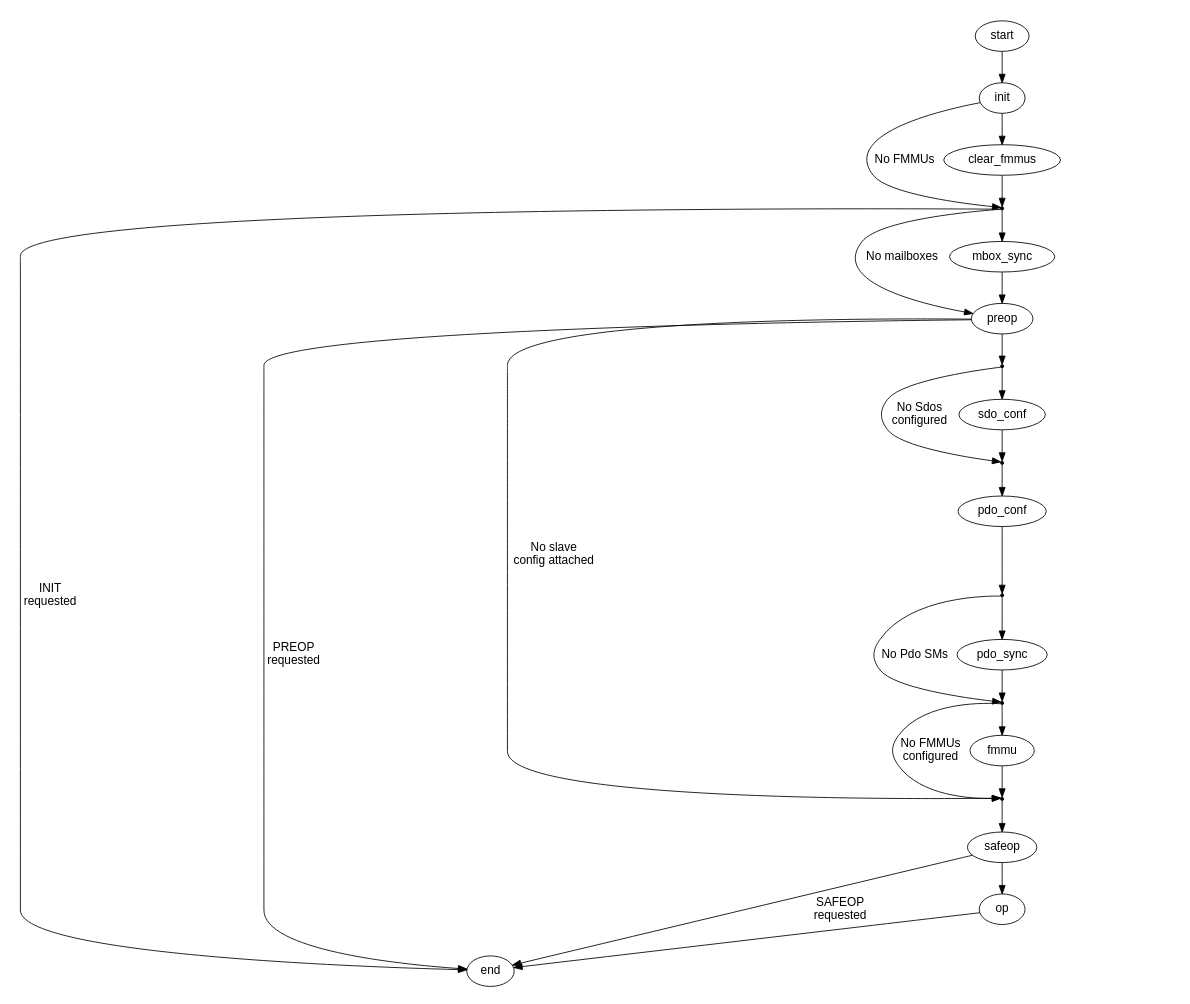
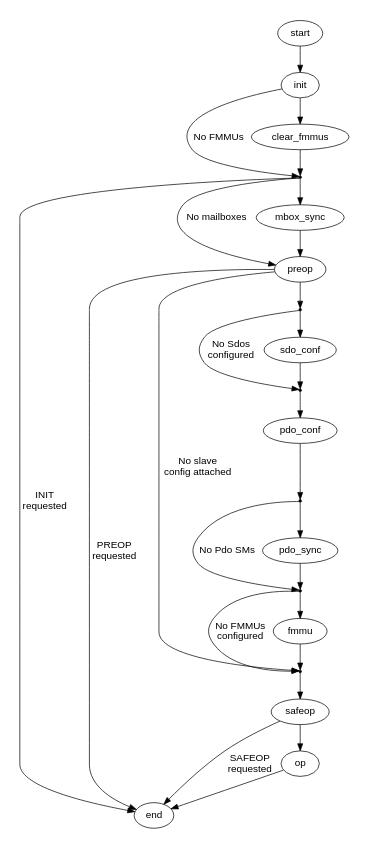
One commit to ribalda/ethercat changed the diagram in documentation/graphs/fsm_slave_conf.dot. Above: the diagram before and after it, drawn with Graphviz. The commit also changed 9 other files, not shown here.

```diff
--- a/documentation/graphs/fsm_slave_conf.dot
+++ b/documentation/graphs/fsm_slave_conf.dot
@@ -1,70 +1,68 @@
 
 /* $Id$ */
 
 digraph slaveconf {
-    size="7,9"
-    center=1
-    ratio=fill
+    size="3,5"
 
     start [fontname="Helvetica"]
     start -> init [weight=10]
 
     init [fontname="Helvetica"]
     init -> enter_mbox_sync [fontname="Helvetica", label="No FMMUs"]
     init -> clear_fmmus [weight=10]
 
     clear_fmmus [fontname="Helvetica"]
     clear_fmmus -> enter_mbox_sync [weight=10]
 
     enter_mbox_sync [shape=point, label=""]
     enter_mbox_sync -> end [fontname="Helvetica", label="INIT\nrequested"]
     enter_mbox_sync -> preop [fontname="Helvetica", label="No mailboxes"]
     enter_mbox_sync -> mbox_sync [weight=10]
 
     mbox_sync [fontname="Helvetica"]
     mbox_sync -> preop [weight=10]
 
     preop [fontname="Helvetica"]
     preop -> end [fontname="Helvetica", label="PREOP\nrequested"]
     preop -> enter_safeop [fontname="Helvetica", label="No slave\nconfig attached"]
     preop -> enter_sdo_conf [weight=10]
 
     enter_sdo_conf [shape=point, label=""]
     enter_sdo_conf -> enter_pdo_conf [fontname="Helvetica", label="No Sdos\nconfigured"]
     enter_sdo_conf -> sdo_conf [weight=10]
 
     sdo_conf [fontname="Helvetica"]
     sdo_conf -> enter_pdo_conf [weight=10]
 
     enter_pdo_conf [shape=point, label=""]
     enter_pdo_conf -> pdo_conf [weight=10]
 
     pdo_conf [fontname="Helvetica"]
     pdo_conf -> enter_pdo_sync [weight=10]
 
     enter_pdo_sync [shape=point, label=""]
     enter_pdo_sync -> enter_fmmu [fontname="Helvetica", label="No Pdo SMs"]
     enter_pdo_sync -> pdo_sync [weight=10]
 
     pdo_sync [fontname="Helvetica"]
     pdo_sync -> enter_fmmu [weight=10]
 
     enter_fmmu [shape=point,label=""]
     enter_fmmu -> enter_safeop [fontname="Helvetica", label="No FMMUs\nconfigured"]
     enter_fmmu -> fmmu [weight=10]
 
     fmmu [fontname="Helvetica"]
     fmmu -> enter_safeop [weight=10]
 
     enter_safeop [shape=point,label=""]
     enter_safeop -> safeop [weight=10]
 
     safeop [fontname="Helvetica"]
     safeop -> end [fontname="Helvetica", label="SAFEOP\nrequested"]
     safeop -> op [weight=10]
 
     op [fontname="Helvetica"]
     op -> end// [weight=10]
 
     end [fontname="Helvetica"]
 }
```
